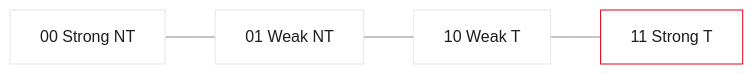
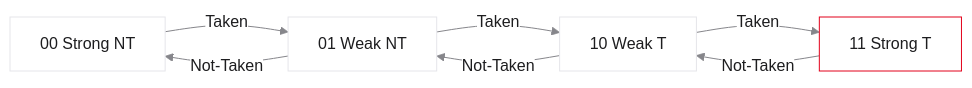
The sixth of 6 diagrams in vorlesungen/07_moderne_cpu_architekturen.qmd (dantschi/mct3), drawn with Mermaid before and after one commit. The commit also changed other lines of this file and 22 other files, not shown here.

````diff
--- a/vorlesungen/07_moderne_cpu_architekturen.qmd
+++ b/vorlesungen/07_moderne_cpu_architekturen.qmd
@@ -604,9 +616,12 @@
 ```{mermaid}
 %%| fig-width: 4.2
 %%{init: {'theme': 'base', 'themeVariables': {'background': '#FFFFFF', 'primaryColor': '#FFFFFF', 'primaryBorderColor': '#E5E5EA', 'primaryTextColor': '#1D1D1F', 'lineColor': '#86868B', 'secondaryColor': '#F5F5F7', 'tertiaryColor': '#FFFFFF', 'mainBkg': '#FFFFFF', 'nodeBorder': '#E5E5EA', 'clusterBkg': '#F5F5F7', 'clusterBorder': '#E5E5EA', 'titleColor': '#1D1D1F', 'edgeLabelBackground': '#FFFFFF'}}}%%
 flowchart LR
-  S00["00 Strong NT"] --- S01["01 Weak NT"]
-  S01 --- S10["10 Weak T"]
-  S10 --- S11["11 Strong T"]
+  S00["00 Strong NT"] -->|Taken| S01["01 Weak NT"]
+  S01 -->|Taken| S10["10 Weak T"]
+  S10 -->|Taken| S11["11 Strong T"]
+  S11 -->|Not-Taken| S10
+  S10 -->|Not-Taken| S01
+  S01 -->|Not-Taken| S00
   style S11 fill:#FFFFFF,stroke:#E2001A,stroke-width:2px !important
 ```
````
